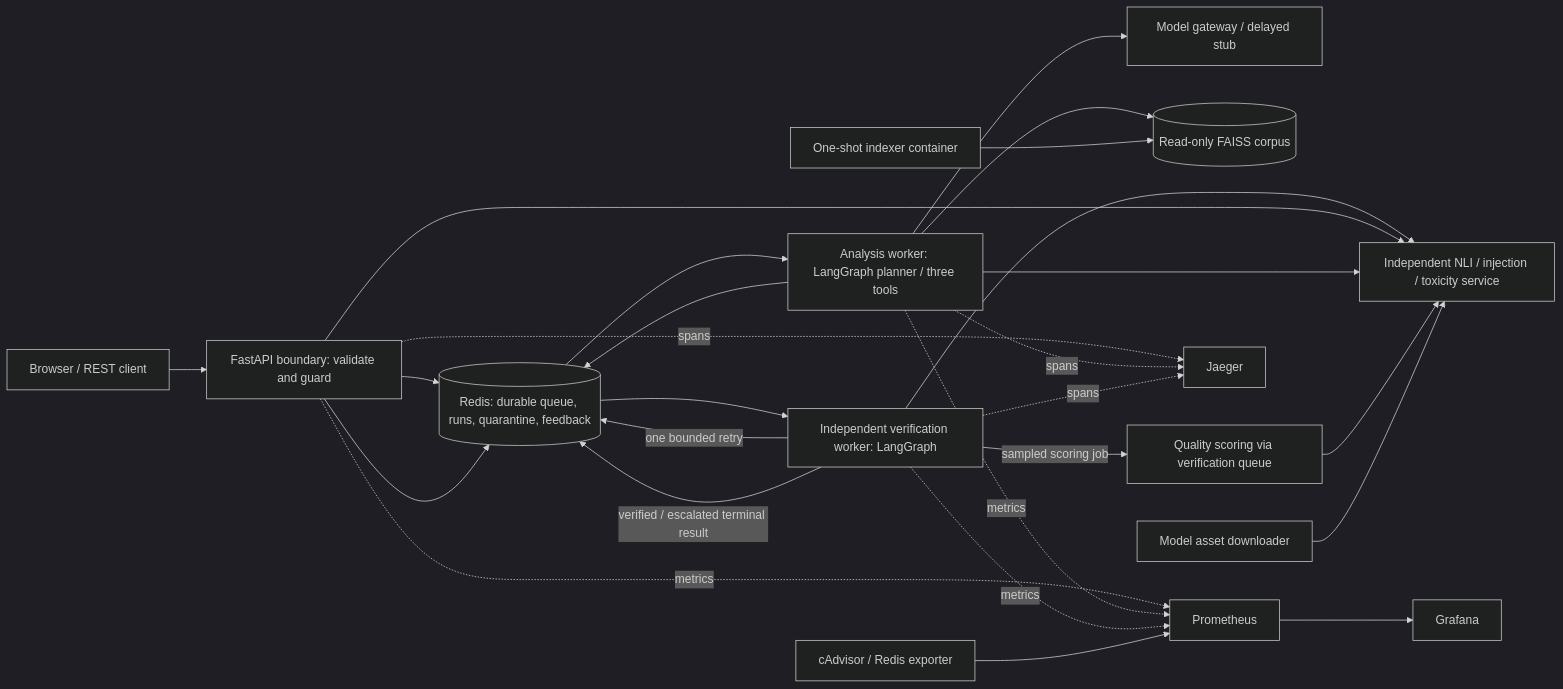
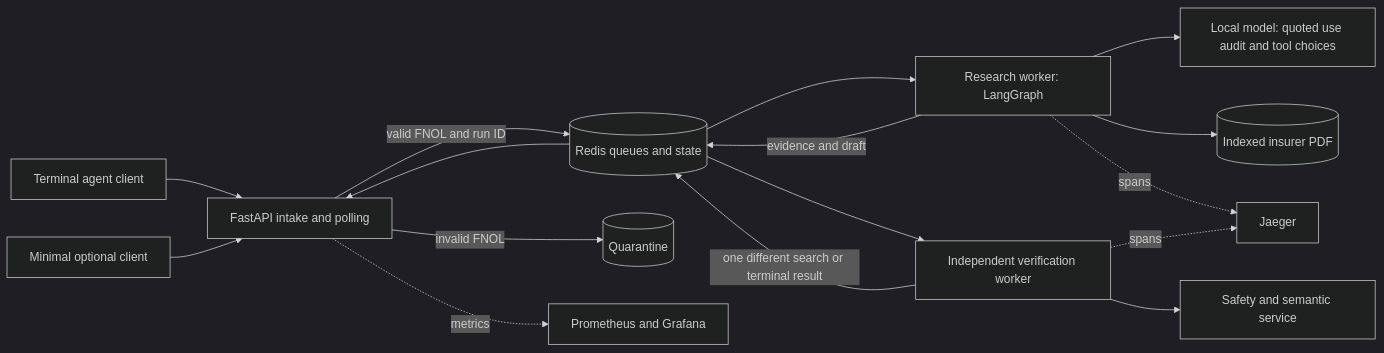
One commit to DarkTJ7/MLSAD-MINI-PROJECT changed the diagram in docs/ARCHITECTURE.md. Above: the diagram before and after it, drawn with Mermaid (dark theme). The commit also changed other lines of this file and 193 other files, not shown here.

Commit message:
Replace legacy project tree with terminal-first motor claim agent

````diff
--- a/docs/ARCHITECTURE.md
+++ b/docs/ARCHITECTURE.md
@@ -12,28 +3,18 @@
 ```mermaid
 flowchart LR
-  U[Browser / REST client] --> API[FastAPI boundary: validate and guard]
-  API --> R[(Redis: durable queue, runs, quarantine, feedback)]
-  R --> A[Analysis worker: LangGraph planner / three tools]
-  A --> P[Model gateway / delayed stub]
-  A --> I[(Read-only FAISS corpus)]
-  A --> R
-  R --> V[Independent verification worker: LangGraph]
-  V -->|one bounded retry| R
-  V -->|verified / escalated terminal result| R
-  V --> S[Independent NLI / injection / toxicity service]
-  API --> S
-  A --> S
-  V -->|sampled scoring job| Q[Quality scoring via verification queue]
-  Q --> S
-  B[Model asset downloader] --> S
-  API --> R
-  X[One-shot indexer container] --> I
-  API -.metrics.-> M[Prometheus]
-  A -.metrics.-> M
-  V -.metrics.-> M
-  M --> G[Grafana]
-  C[cAdvisor / Redis exporter] --> M
-  API -.spans.-> J[Jaeger]
-  A -.spans.-> J
-  V -.spans.-> J
+  CLI[Terminal agent client] --> API[FastAPI intake and polling]
+  WEB[Minimal optional client] --> API
+  API -->|valid FNOL and run ID| Q[(Redis queues and state)]
+  API -->|invalid FNOL| BAD[(Quarantine)]
+  Q --> A[Research worker: LangGraph]
+  A --> U[Local model: quoted use audit and tool choices]
+  A --> IDX[(Indexed insurer PDF)]
+  A -->|evidence and draft| Q
+  Q --> V[Independent verification worker]
+  V --> S[Safety and semantic service]
+  V -->|one different search or terminal result| Q
+  Q --> API
+  API -. metrics .-> P[Prometheus and Grafana]
+  A -. spans .-> J[Jaeger]
+  V -. spans .-> J
 ```
````
